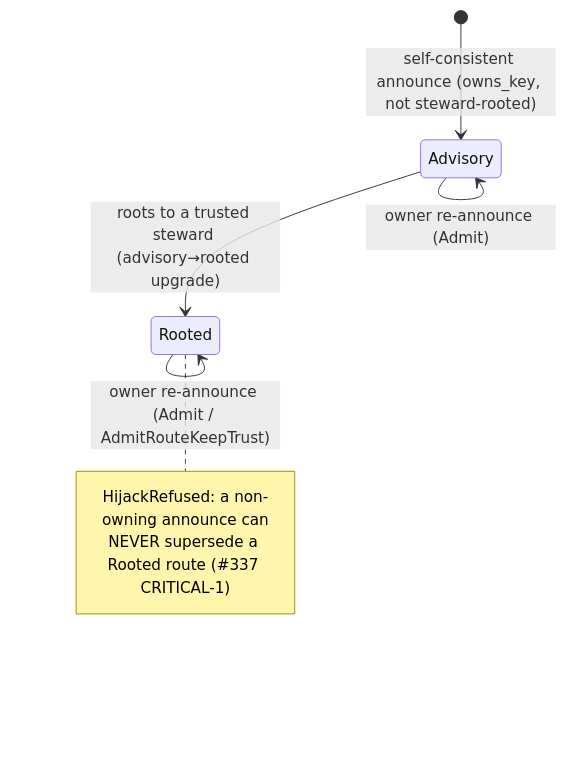
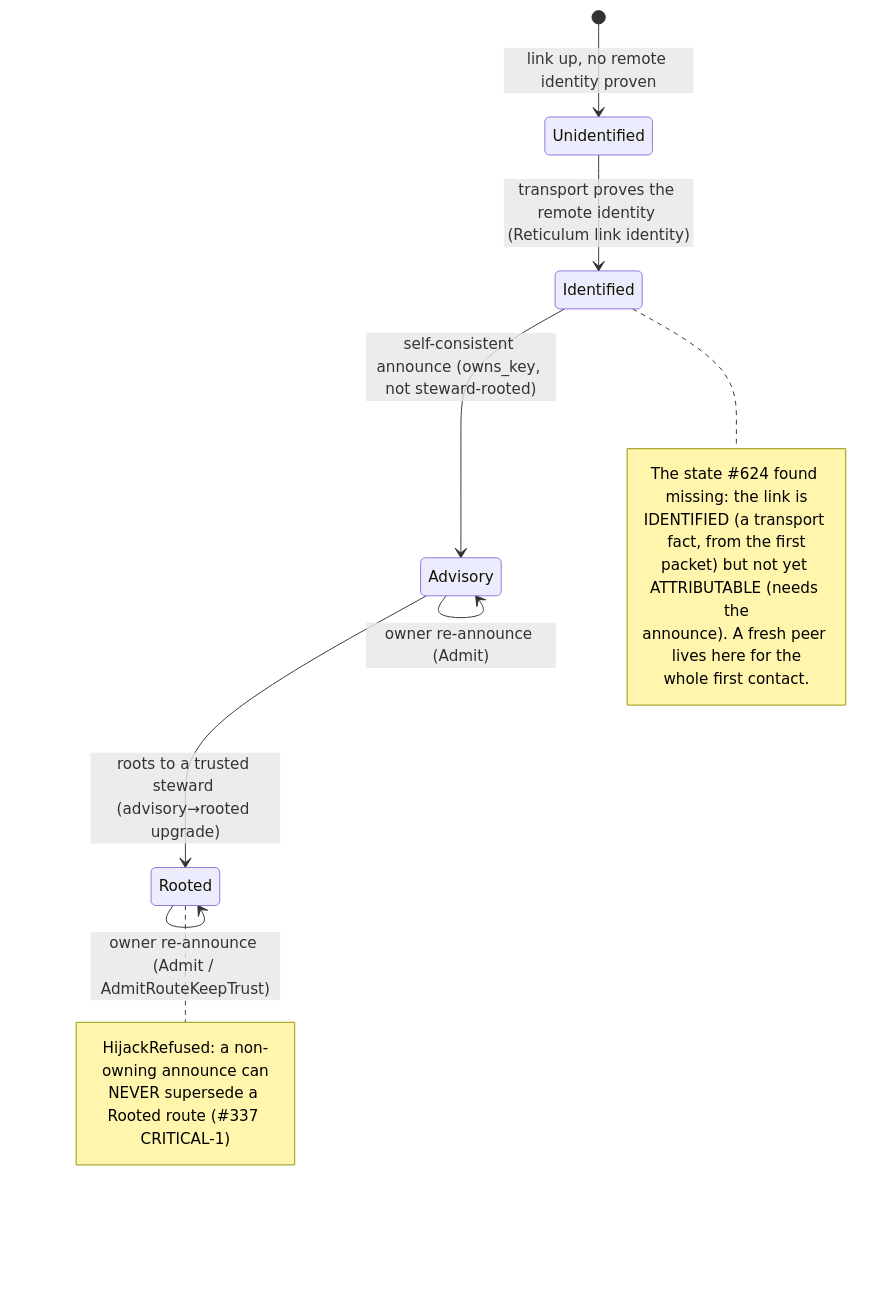
Before and after one commit to CIRISAI/CIRISEdge: the third of 3 diagrams in FSD/CIRIS_EDGE_TRANSPORT.md, drawn with Mermaid. The commit also changed other lines of this file, not shown here.

First line of the commit message:
docs(624): the link-state table — identification is not attribution

````diff
--- a/FSD/CIRIS_EDGE_TRANSPORT.md
+++ b/FSD/CIRIS_EDGE_TRANSPORT.md
@@ -379,11 +379,20 @@
 ```mermaid
 stateDiagram-v2
-    [*] --> Advisory: self-consistent announce (owns_key, not steward-rooted)
+    [*] --> Unidentified: link up, no remote identity proven
+    Unidentified --> Identified: transport proves the remote identity (Reticulum link identity)
+    Identified --> Advisory: self-consistent announce (owns_key, not steward-rooted)
     Advisory --> Rooted: roots to a trusted steward (advisory→rooted upgrade)
     Rooted --> Rooted: owner re-announce (Admit / AdmitRouteKeepTrust)
     Advisory --> Advisory: owner re-announce (Admit)
+    note right of Identified
+        The state #624 found missing: the link is
+        IDENTIFIED (a transport fact, from the first
+        packet) but not yet ATTRIBUTABLE (needs the
+        announce). A fresh peer lives here for the
+        whole first contact.
+    end note
     note right of Rooted
         HijackRefused: a non-owning announce can
         NEVER supersede a Rooted route (#337 CRITICAL-1)
     end note
 ```
````
